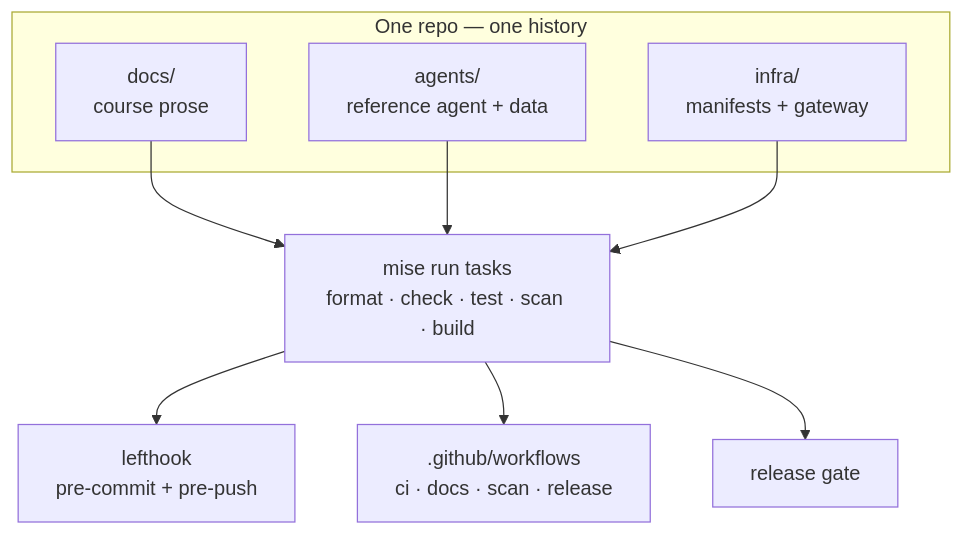
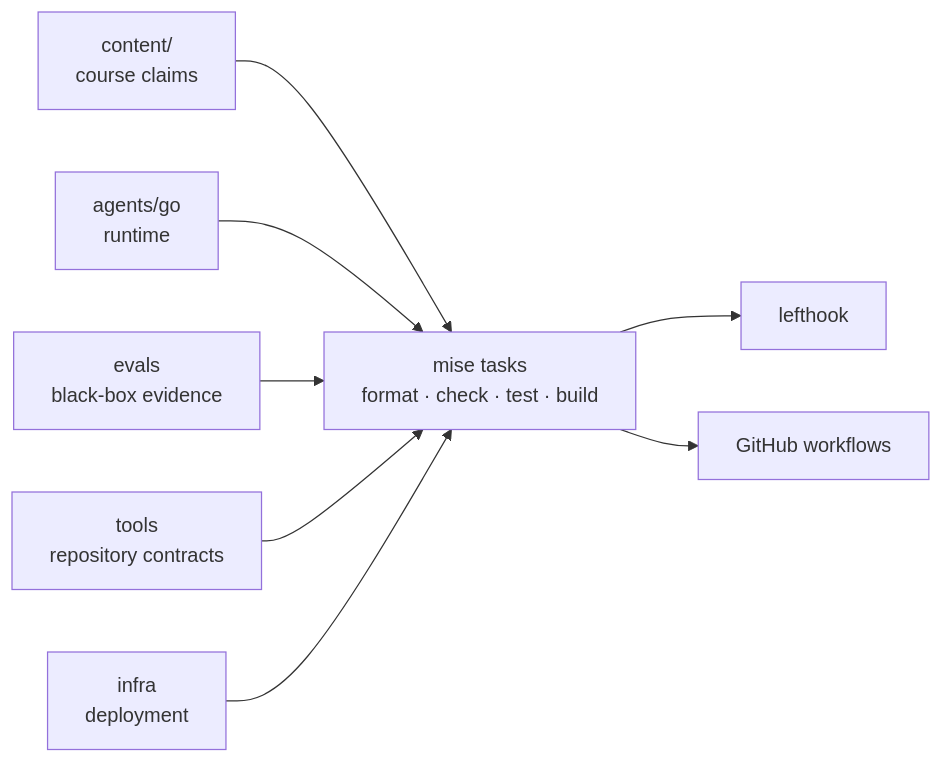
Before and after one commit to LuiGGi629/agentops-open-course: the first of 2 diagrams in content/8. Community/8.0. Repository.md, drawn with Mermaid. The commit also changed other lines of this file and 87 other files, not shown here.

First line of the commit message:
docs: repoint the course content at the Go implementation

````diff
--- a/content/8. Community/8.0. Repository.md
+++ b/content/8. Community/8.0. Repository.md
@@ -54,14 +43,10 @@
 ```mermaid
-flowchart TB
-    subgraph P["One repo — one history"]
-        D["docs/<br/>course prose"]
-        A["agents/<br/>reference agent + data"]
-        I["infra/<br/>manifests + gateway"]
-    end
-    D --> V["mise run tasks<br/>format · check · test · scan · build"]
-    A --> V
-    I --> V
-    V --> H["lefthook<br/>pre-commit + pre-push"]
-    V --> C[".github/workflows<br/>ci · docs · scan · release"]
-    V --> R["release gate"]
+flowchart LR
+    Content["content/<br/>course claims"] --> Gate["mise tasks<br/>format · check · test · build"]
+    Agent["agents/go<br/>runtime"] --> Gate
+    Evals["evals<br/>black-box evidence"] --> Gate
+    Tools["tools<br/>repository contracts"] --> Gate
+    Infra["infra<br/>deployment"] --> Gate
+    Gate --> Hooks["lefthook"]
+    Gate --> CI["GitHub workflows"]
 ```
````
